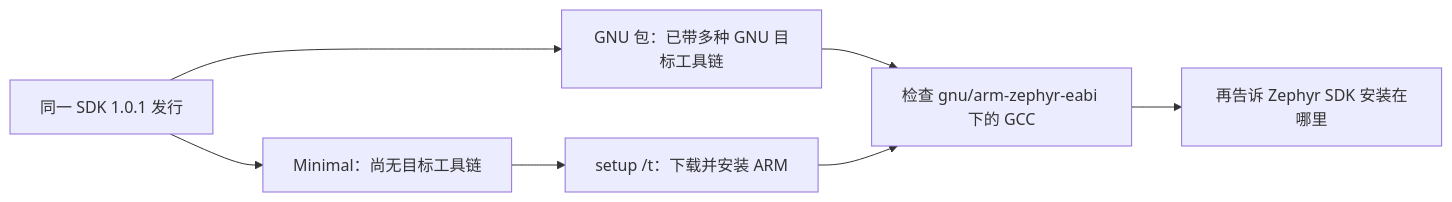
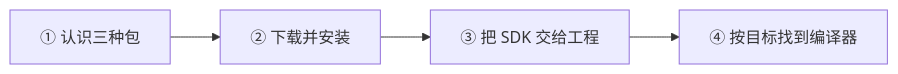
One commit to FormingSystem/zephyr_hc32f4a0 changed the first of 4 diagrams in learning/P01_zephyr_make_project/P003_SDK准备与编译器选型_Windows.md. Above: the diagram before and after it, drawn with Mermaid. The commit also changed other lines of this file and 466 other files, not shown here.

````diff
--- a/learning/P01_zephyr_make_project/P003_SDK准备与编译器选型_Windows.md
+++ b/learning/P01_zephyr_make_project/P003_SDK准备与编译器选型_Windows.md
@@ -114,9 +18,6 @@
 ```mermaid
 flowchart LR
-    A["同一 SDK 1.0.1 发行"] --> B["GNU 包：已带多种 GNU 目标工具链"]
-    A --> C["Minimal：尚无目标工具链"]
-    C --> D["setup /t：下载并安装 ARM"]
-    B --> E["检查 gnu/arm-zephyr-eabi 下的 GCC"]
-    D --> E
-    E --> F["再告诉 Zephyr SDK 安装在哪里"]
+    A["① 认识三种包"] --> B["② 下载并安装"]
+    B --> C["③ 把 SDK 交给工程"]
+    C --> D["④ 按目标找到编译器"]
 ```
````
